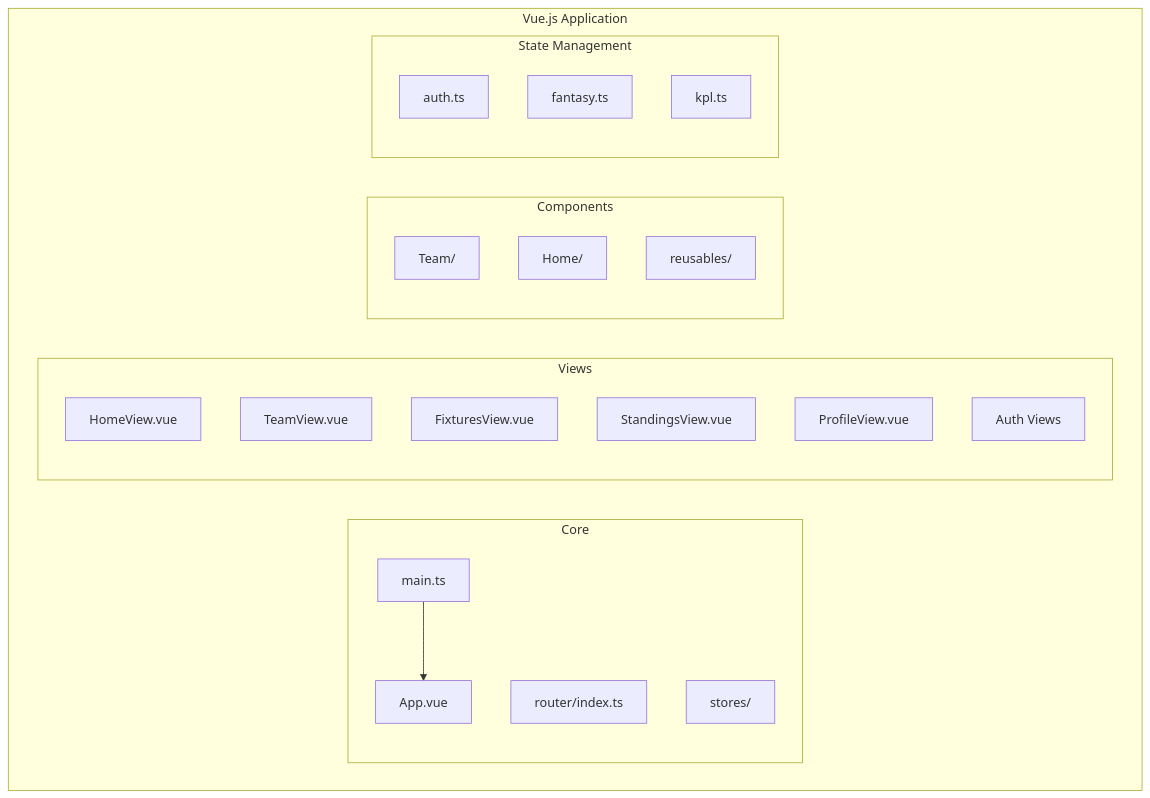
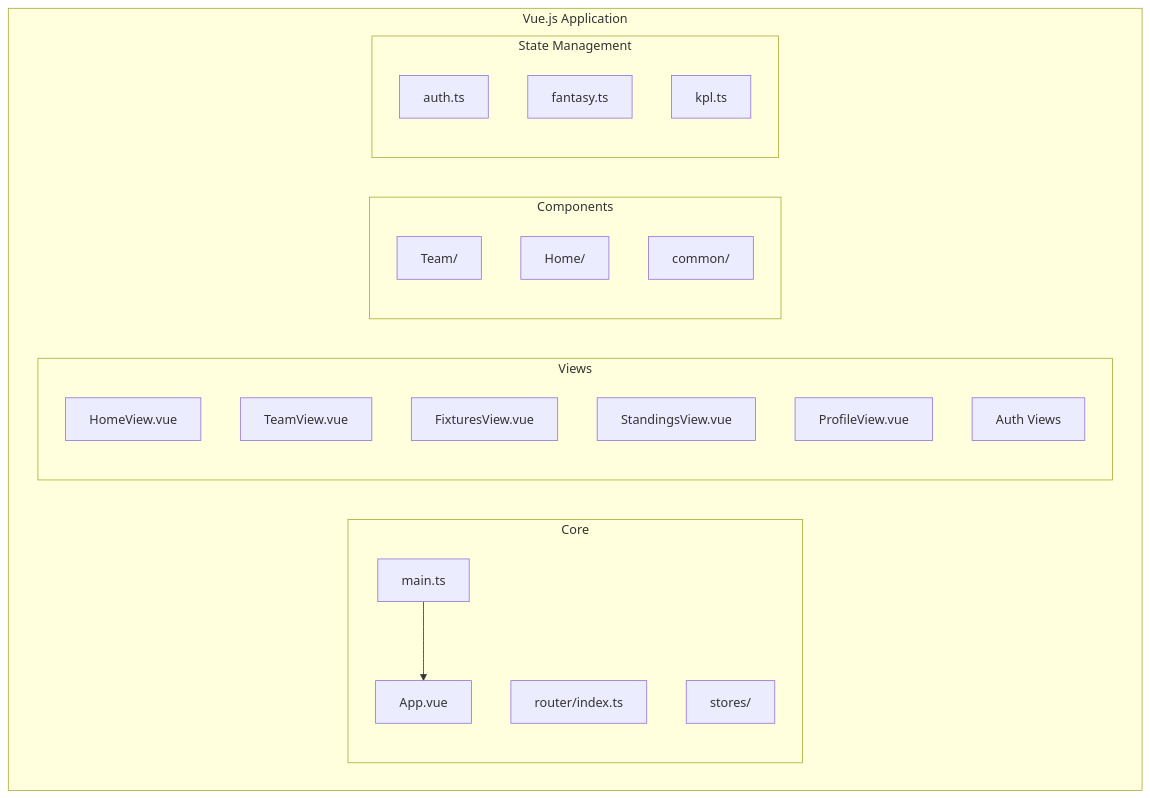
One commit to Morvin-Ian/kenyan-fantasy-league changed the fourth of 12 diagrams in docs/source/architecture.md. Above: the diagram before and after it, drawn with Mermaid. The commit also changed 19 other files, not shown here.

````diff
--- a/docs/source/architecture.md
+++ b/docs/source/architecture.md
@@ -101,31 +101,31 @@
 ```{mermaid}
 graph TD
     subgraph "Vue.js Application"
         subgraph "Core"
             Main[main.ts] --> App[App.vue]
             Router[router/index.ts]
             Stores[stores/]
         end
         
         subgraph "Views"
             Home[HomeView.vue]
             Team[TeamView.vue]
             Fixtures[FixturesView.vue]
             Standings[StandingsView.vue]
             Profile[ProfileView.vue]
             Auth[Auth Views]
         end
         
         subgraph "Components"
             TeamComponents[Team/]
             HomeComponents[Home/]
-            Reusables[reusables/]
+            Common[common/]
         end
         
         subgraph "State Management"
             AuthStore[auth.ts]
             FantasyStore[fantasy.ts] 
             KPLStore[kpl.ts]
         end
     end
 ```
````
